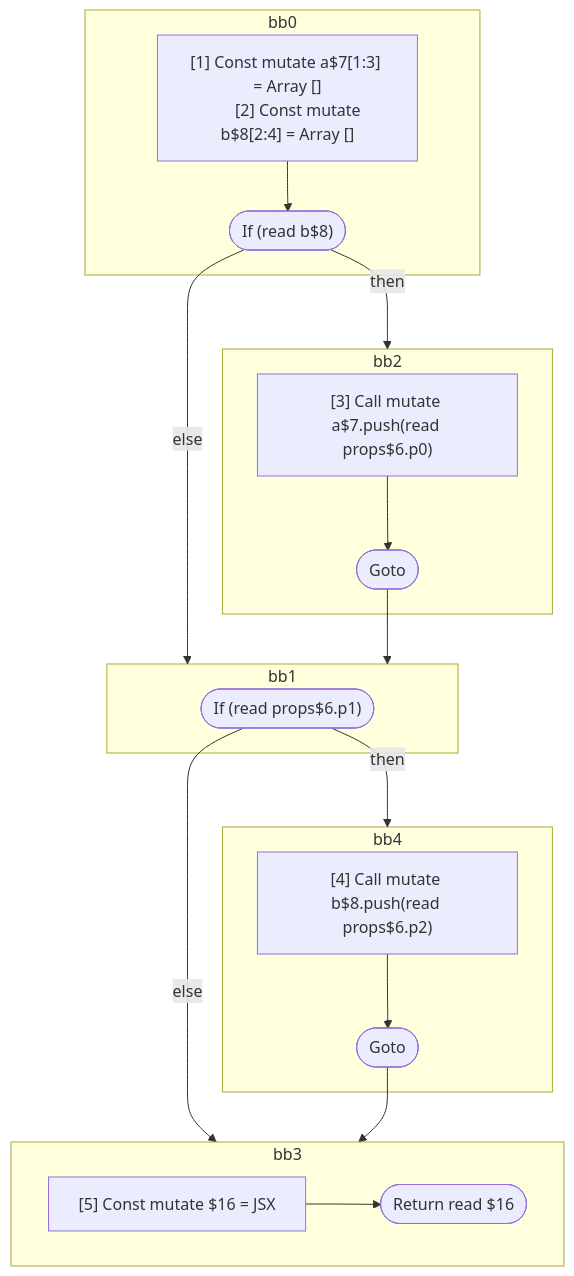
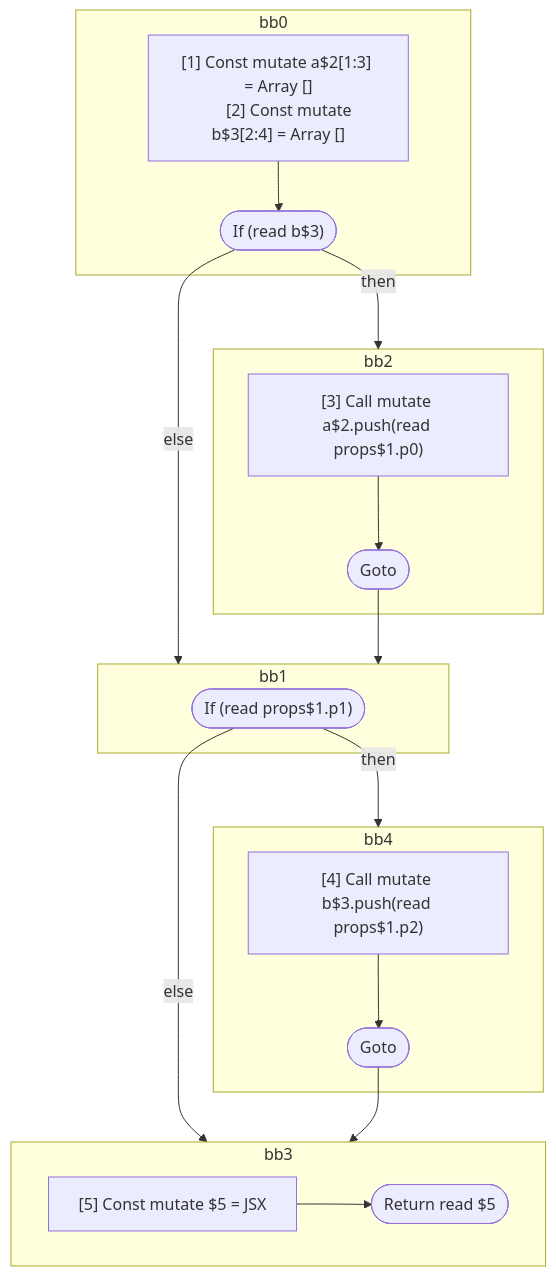
The first of 4 diagrams in compiler/forget/src/__tests__/fixtures/hir/conditional-on-mutable.expect.md (wutsmog/private), drawn with Mermaid before and after one commit. The commit also changed other lines of this file and 57 other files, not shown here.

````diff
--- a/compiler/forget/src/__tests__/fixtures/hir/conditional-on-mutable.expect.md
+++ b/compiler/forget/src/__tests__/fixtures/hir/conditional-on-mutable.expect.md
@@ -92,41 +92,41 @@
 ```mermaid
 flowchart TB
   %% Basic Blocks
   subgraph bb0
     bb0_instrs["
-      [1] Const mutate a$7[1:3] = Array []
-      [2] Const mutate b$8[2:4] = Array []
+      [1] Const mutate a$2[1:3] = Array []
+      [2] Const mutate b$3[2:4] = Array []
     "]
-    bb0_instrs --> bb0_terminal(["If (read b$8)"])
+    bb0_instrs --> bb0_terminal(["If (read b$3)"])
   end
   subgraph bb2
     bb2_instrs["
-      [3] Call mutate a$7.push(read props$6.p0)
+      [3] Call mutate a$2.push(read props$1.p0)
     "]
     bb2_instrs --> bb2_terminal(["Goto"])
   end
   subgraph bb1
-    bb1_terminal(["If (read props$6.p1)"])
+    bb1_terminal(["If (read props$1.p1)"])
   end
   subgraph bb4
     bb4_instrs["
-      [4] Call mutate b$8.push(read props$6.p2)
+      [4] Call mutate b$3.push(read props$1.p2)
     "]
     bb4_instrs --> bb4_terminal(["Goto"])
   end
   subgraph bb3
     bb3_instrs["
-      [5] Const mutate $16 = JSX <read Foo$4 a={freeze a$7} b={freeze b$8} ></read Foo$4>
+      [5] Const mutate $5 = JSX <read Foo$4 a={freeze a$2} b={freeze b$3} ></read Foo$4>
     "]
-    bb3_instrs --> bb3_terminal(["Return read $16"])
+    bb3_instrs --> bb3_terminal(["Return read $5"])
   end
 
   %% Jumps
   bb0_terminal -- then --> bb2
   bb0_terminal -- else --> bb1
   bb2_terminal --> bb1
   bb1_terminal -- then --> bb4
   bb1_terminal -- else --> bb3
   bb4_terminal --> bb3
 
 ```
````
